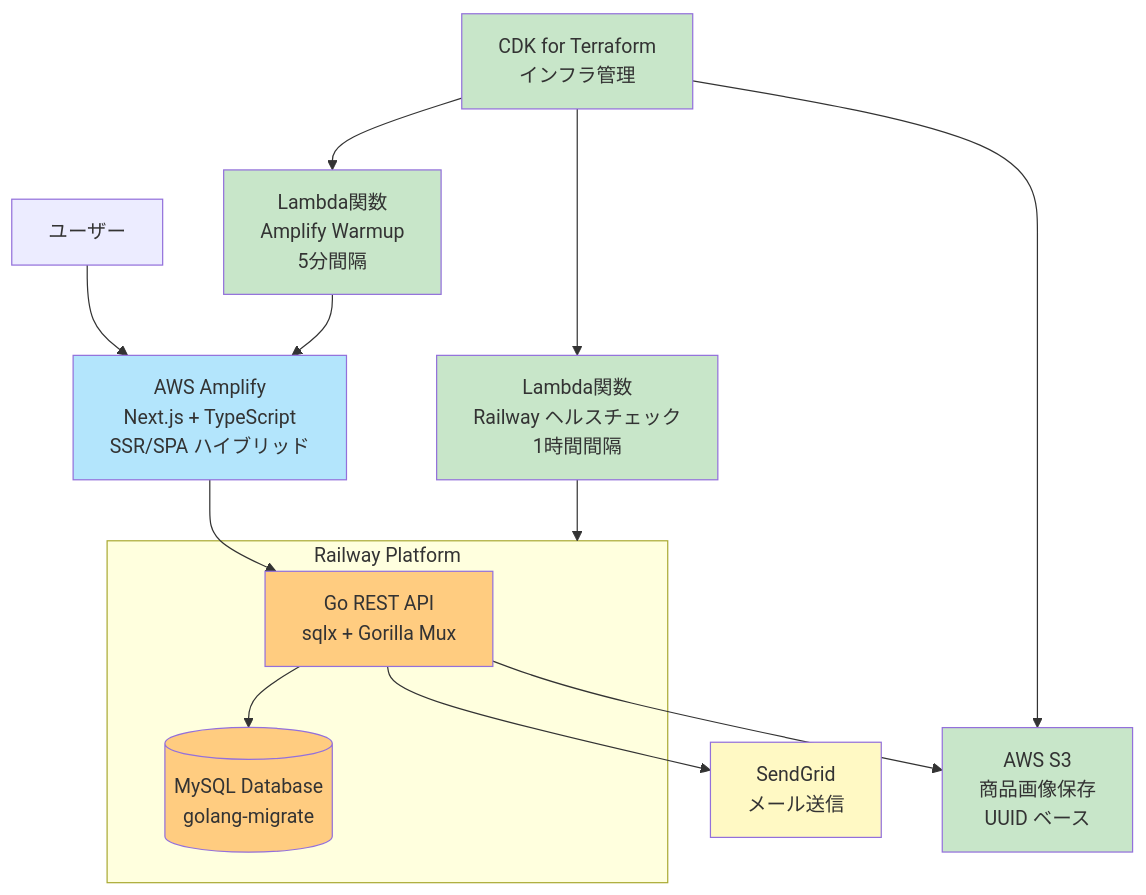
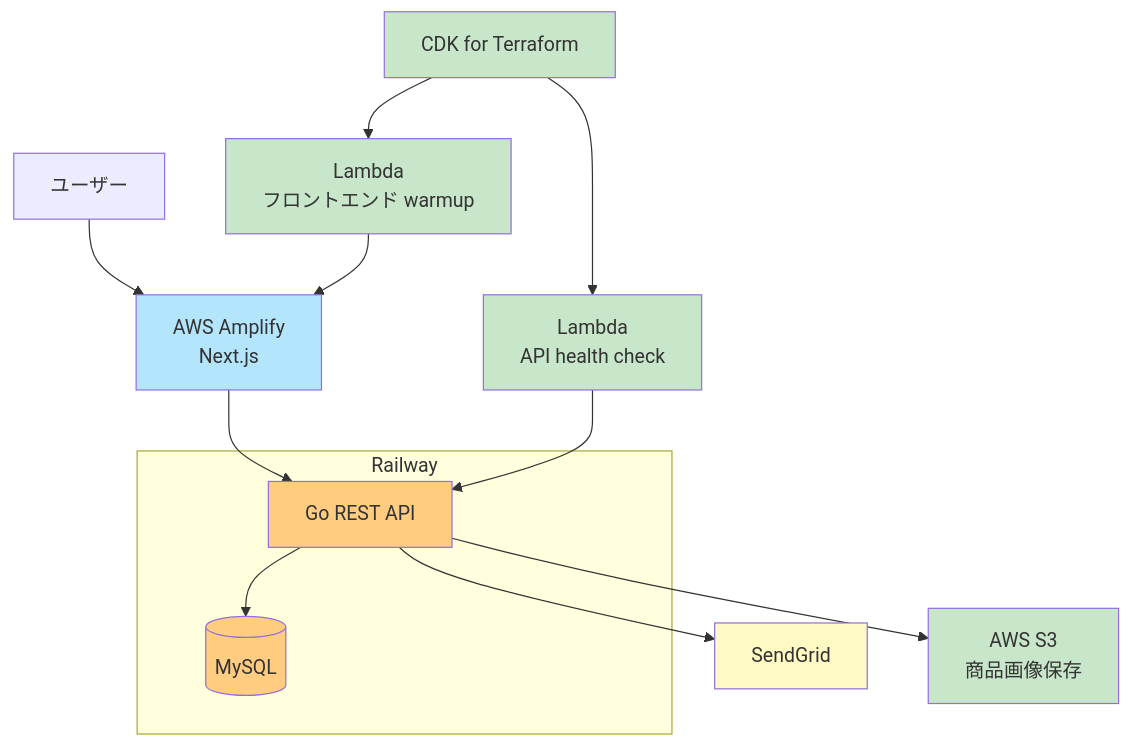
Before and after one commit to tokushun109/tku: the diagram in README.md, drawn with Mermaid. The commit also changed other lines of this file and 3 other files, not shown here.

````diff
--- a/README.md
+++ b/README.md
@@ -59,47 +155,38 @@
 ```mermaid
 graph TD
-    %% ユーザー・外部サービス
     User[ユーザー]
-    SendGrid[SendGrid<br/>メール送信]
+    SendGrid[SendGrid]
 
-    %% フロントエンド
-    Amplify[AWS Amplify<br/>Next.js + TypeScript<br/>SSR/SPA ハイブリッド]
+    Amplify[AWS Amplify<br/>Next.js]
 
-    %% Railway Platform
-    subgraph Railway[Railway Platform]
-        API[Go REST API<br/>sqlx + Gorilla Mux]
-        MySQL[(MySQL Database<br/>golang-migrate)]
+    subgraph Railway[Railway]
+        API[Go REST API]
+        MySQL[(MySQL)]
     end
 
-    %% AWS Infrastructure
-    S3[AWS S3<br/>商品画像保存<br/>UUID ベース]
-    Lambda1[Lambda関数<br/>Amplify Warmup<br/>5分間隔]
-    Lambda2[Lambda関数<br/>Railway ヘルスチェック<br/>1時間間隔]
+    S3[AWS S3<br/>商品画像保存]
+    Warmup[Lambda<br/>フロントエンド warmup]
+    Health[Lambda<br/>API health check]
+    CDK[CDK for Terraform]
 
-    %% CDK for Terraform
-    CDK[CDK for Terraform<br/>インフラ管理]
-
-    %% 接続関係
     User --> Amplify
     Amplify --> API
     API --> MySQL
     API --> S3
     API --> SendGrid
 
-    Lambda1 --> Amplify
-    Lambda2 --> Railway
-    CDK --> Lambda1
-    CDK --> Lambda2
-    CDK --> S3
+    Warmup --> Amplify
+    Health --> API
+    CDK --> Warmup
+    CDK --> Health
 
-    %% スタイル
     classDef frontend fill:#b3e5fc
     classDef backend fill:#ffcc80
     classDef infra fill:#c8e6c9
     classDef external fill:#fff9c4
 
     class Amplify frontend
     class API,MySQL backend
-    class S3,Lambda1,Lambda2,CDK infra
+    class S3,Warmup,Health,CDK infra
     class SendGrid external
 ```
````
